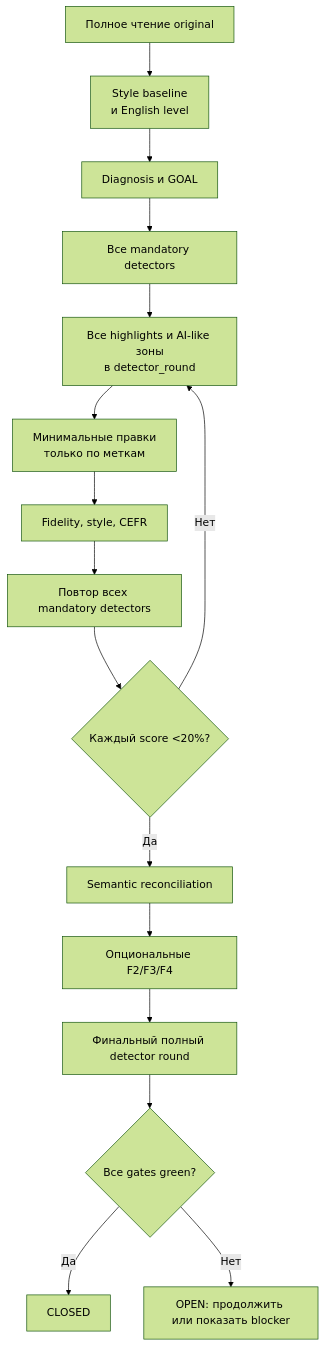
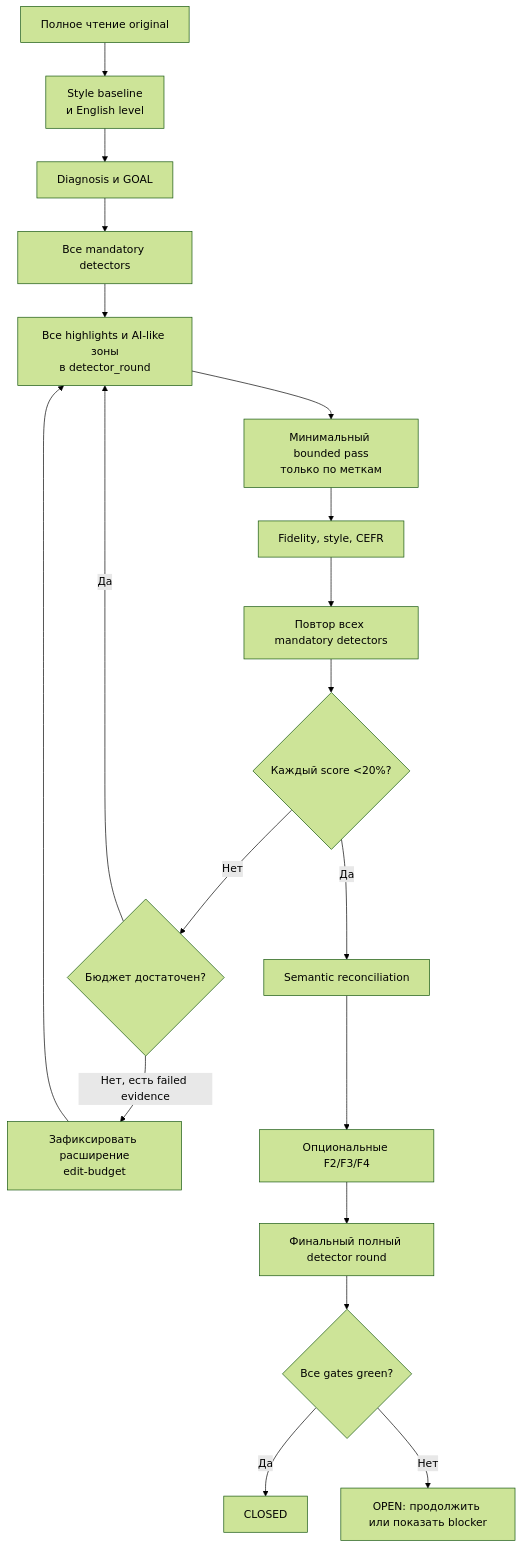
One commit to 2612evgenii-hue/palimpsest changed the diagram in README.md. Above: the diagram before and after it, drawn with Mermaid (forest theme). The commit also changed other lines of this file and 19 other files, not shown here.

````diff
--- a/README.md
+++ b/README.md
@@ -71,18 +79,21 @@
 ```mermaid
 flowchart TD
     A["Полное чтение original"] --> B["Style baseline<br/>и English level"]
     B --> C["Diagnosis и GOAL"]
     C --> D["Все mandatory detectors"]
     D --> E["Все highlights и AI-like зоны<br/>в detector_round"]
-    E --> F["Минимальные правки<br/>только по меткам"]
+    E --> F["Минимальный bounded pass<br/>только по меткам"]
     F --> G["Fidelity, style, CEFR"]
     G --> H["Повтор всех mandatory detectors"]
     H --> I{"Каждый score <20%?"}
-    I -->|Нет| E
+    I -->|Нет| P{"Бюджет достаточен?"}
+    P -->|Да| E
+    P -->|Нет, есть failed evidence| Q["Зафиксировать расширение<br/>edit-budget"]
+    Q --> E
     I -->|Да| J["Semantic reconciliation"]
     J --> K["Опциональные F2/F3/F4"]
     K --> L["Финальный полный detector round"]
     L --> M{"Все gates green?"}
     M -->|Да| N["CLOSED"]
     M -->|Нет| O["OPEN: продолжить или показать blocker"]
 ```
````
